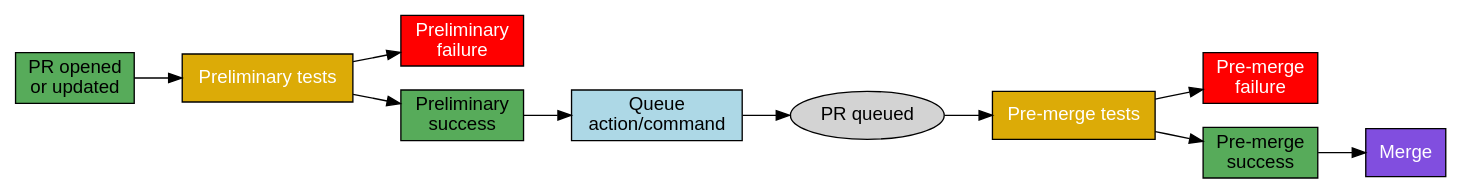
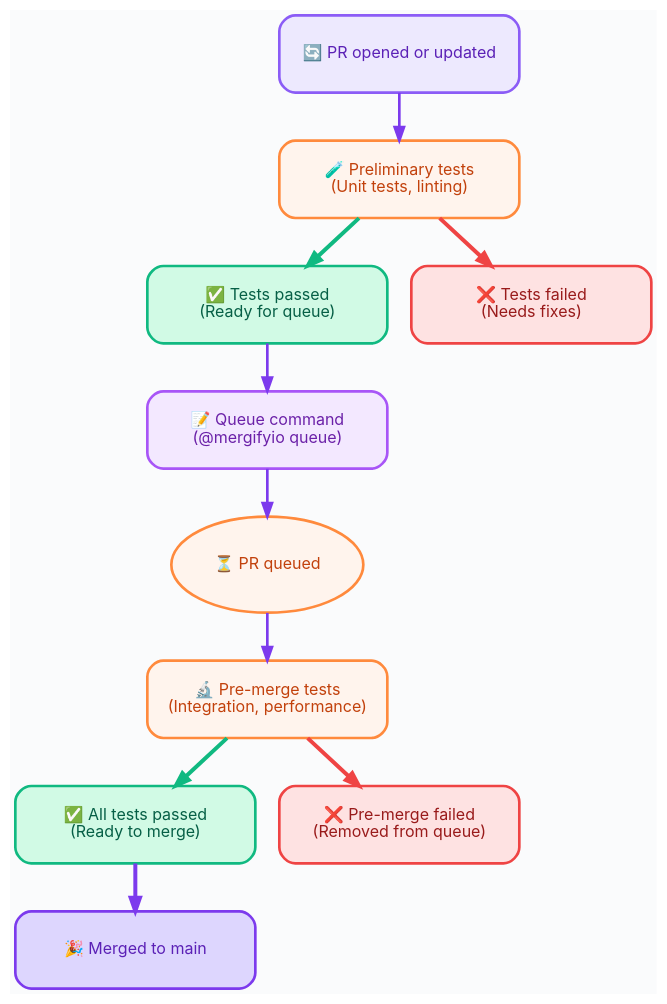
One commit to Mergifyio/docs changed the first of 2 diagrams in src/content/docs/merge-queue/two-step.mdx. Above: the diagram before and after it, drawn with Graphviz. The commit also changed other lines of this file, not shown here.

````diff
--- a/src/content/docs/merge-queue/two-step.mdx
+++ b/src/content/docs/merge-queue/two-step.mdx
@@ -25,34 +44,130 @@
 ```dot class="graph"
 strict digraph {
-    fontname="sans-serif";
-    rankdir="LR";
+    fontname="Inter, system-ui, sans-serif";
+    rankdir="TB";
+    bgcolor="#FAFBFC";
 
-    node [style=filled, shape=rect, fontcolor="black", fontname="sans-serif";];
-    edge [color="black", arrowhead=none, fontname="sans-serif", arrowhead=normal];
+    // Global node and edge styling
+    node [
+        style="filled,rounded",
+        shape=rect,
+        fontcolor="black",
+        fontname="Inter, system-ui, sans-serif",
+        fontsize=12,
+        margin=0.2,
+        penwidth=2,
+        width=2.5,
+        height=0.8
+    ];
 
-    open [label="PR opened\nor updated", fillcolor="#57AB5A"];
-    queued [label="PR queued", shape=oval];
+    edge [
+        color="#7C3AED",
+        arrowhead=normal,
+        fontname="Inter, system-ui, sans-serif",
+        fontsize=10,
+        penwidth=2
+    ];
 
-    preliminary [label="Preliminary tests", fillcolor="#DCAB07", fontcolor="white"]
-    preliminary_fail [label="Preliminary\nfailure", fillcolor="red", fontcolor="white"]
-    preliminary_ok [label="Preliminary\nsuccess", fillcolor="#57AB5A"]
+    // Start state
+    open [
+        label="🔄 PR opened or updated",
+        fillcolor="#EDE9FE",
+        color="#8B5CF6",
+        fontcolor="#5B21B6"
+    ];
 
-    premerge [label="Pre-merge tests", fillcolor="#DCAB07", fontcolor="white"]
-    premerge_fail [label="Pre-merge\nfailure", fillcolor="red", fontcolor="white"]
-    premerge_ok [label="Pre-merge\nsuccess", fillcolor="#57AB5A"]
+    // Preliminary tests phase
+    preliminary [
+        label="🧪 Preliminary tests\n(Unit tests, linting)",
+        fillcolor="#FFF4ED",
+        color="#FF8A3D",
+        fontcolor="#C2410C"
+    ]
 
-    queue_req [label="Queue\naction/command", fillcolor="lightblue"]
-    merged [label="Merge", fillcolor="#814edf", fontcolor="white"]
+    // Success/failure branches for preliminary tests
+    subgraph cluster_preliminary_results {
+        style="invis";
+        preliminary_ok [
+            label="✅ Tests passed\n(Ready for queue)",
+            fillcolor="#D1FAE5",
+            color="#10B981",
+            fontcolor="#065F46"
+        ]
 
+        preliminary_fail [
+            label="❌ Tests failed\n(Needs fixes)",
+            fillcolor="#FEE2E2",
+            color="#EF4444",
+            fontcolor="#991B1B"
+        ]
+    }
 
-    open -> preliminary
-    preliminary -> preliminary_ok;
-    preliminary -> preliminary_fail;
+    // Queue action
+    queue_req [
+        label="📝 Queue command\n(@mergifyio queue)",
+        fillcolor="#F3E8FF",
+        color="#A855F7",
+        fontcolor="#6B21A8"
+    ]
+
+    // Queue state
+    queued [
+        label="⏳ PR queued",
+        shape=ellipse,
+        fillcolor="#FFF4ED",
+        color="#FF8A3D",
+        fontcolor="#C2410C",
+        width=2,
+        height=1
+    ];
+
+    // Pre-merge tests phase
+    premerge [
+        label="🔬 Pre-merge tests\n(Integration, performance)",
+        fillcolor="#FFF4ED",
+        color="#FF8A3D",
+        fontcolor="#C2410C"
+    ]
+
+    // Success/failure branches for pre-merge tests
+    subgraph cluster_premerge_results {
+        style="invis";
+        premerge_ok [
+            label="✅ All tests passed\n(Ready to merge)",
+            fillcolor="#D1FAE5",
+            color="#10B981",
+            fontcolor="#065F46"
+        ]
+
+        premerge_fail [
+            label="❌ Pre-merge failed\n(Removed from queue)",
+            fillcolor="#FEE2E2",
+            color="#EF4444",
+            fontcolor="#991B1B"
+        ]
+    }
+
+    // Final merge
+    merged [
+        label="🎉 Merged to main",
+        fillcolor="#DDD6FE",
+        color="#7C3AED",
+        fontcolor="#5B21B6"
+    ]
+
+    // Flow connections - main path
+    open -> preliminary;
+    preliminary -> preliminary_ok [color="#10B981", penwidth=3];
+    preliminary -> preliminary_fail [color="#EF4444", penwidth=3];
     preliminary_ok -> queue_req;
     queue_req -> queued;
     queued -> premerge;
-    premerge -> premerge_ok;
-    premerge -> premerge_fail;
-    premerge_ok -> merged;
+    premerge -> premerge_ok [color="#10B981", penwidth=3];
+    premerge -> premerge_fail [color="#EF4444", penwidth=3];
+    premerge_ok -> merged [color="#7C3AED", penwidth=3];
+
+    // Rank constraints for better layout
+    {rank=same; preliminary_ok, preliminary_fail}
+    {rank=same; premerge_ok, premerge_fail}
 }
 ```
````
